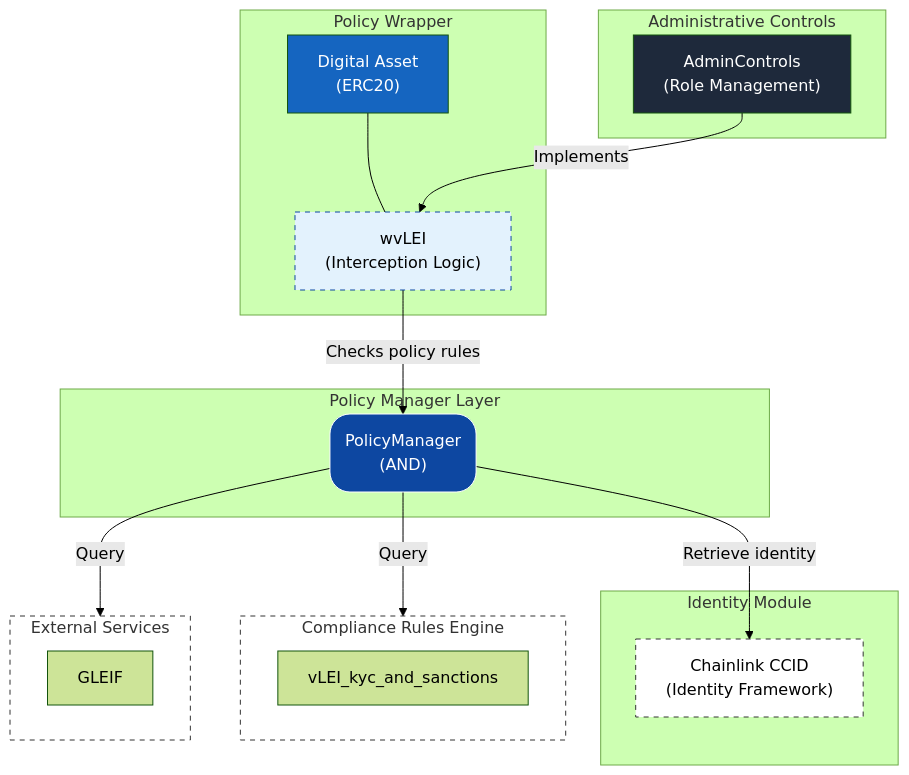
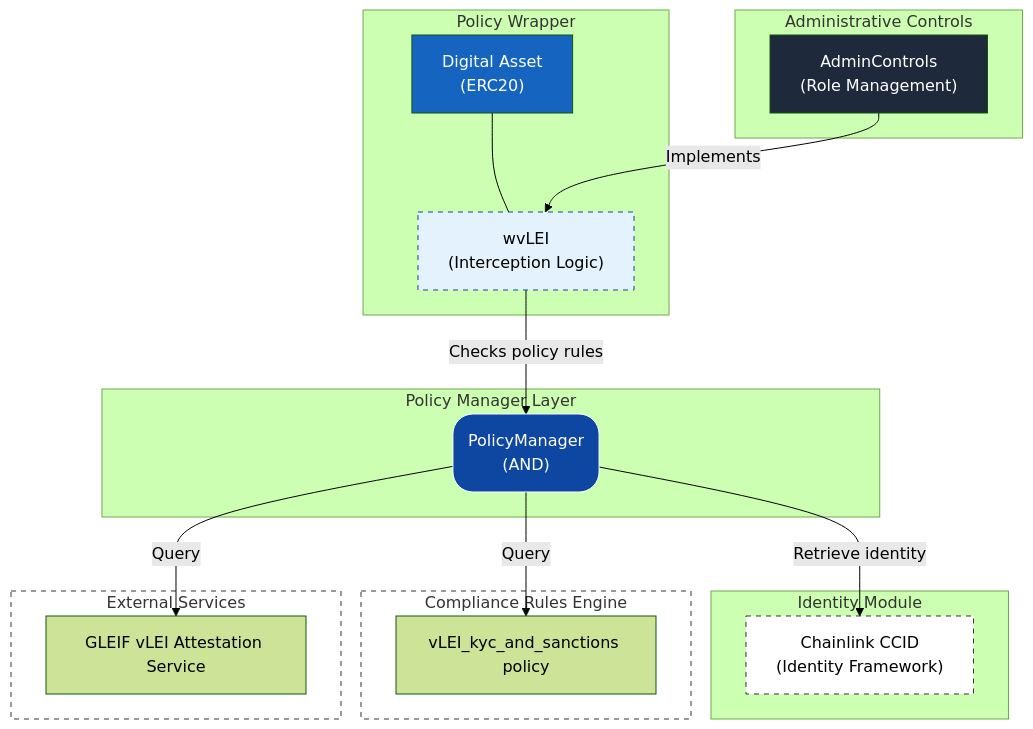
The diagram in README.md (GLEIF-IT/vlei-comply), drawn with Mermaid (forest theme) before and after one commit.

Commit message:
clean up diagram

````diff
--- a/README.md
+++ b/README.md
@@ -13,46 +13,46 @@
 ```mermaid
 graph TB
     subgraph "Policy Wrapper"
         Asset["Digital Asset<br/>(ERC20)"]
         Wrapper["wvLEI<br/>(Interception Logic)"]
     end
     
     subgraph "Administrative Controls"
         Admin["AdminControls<br/>(Role Management)"]
     end
     
     subgraph "Policy Manager Layer"
         PM("PolicyManager<br/>(AND)")
     end
     
     subgraph "Identity Module"
         IdFramework["Chainlink CCID<br/>(Identity Framework)"]
     end
     
     subgraph ComplianceRulesEngine["Compliance Rules Engine"]
-        Policy0["vLEI_kyc_and_sanctions"]
+        Policy_vLEI["vLEI_kyc_and_sanctions policy"]
     end
     
     subgraph ExternalServices["External Services"]
-        Svc_gleif["GLEIF"]
+        Service_GLEIF["GLEIF vLEI Attestation Service"]
     end
     
     %% Main Flow
     Asset --- Wrapper
     Wrapper -->|"Checks policy rules"| PM
     Admin -->|"Implements"| Wrapper
     
     %% Orchestration
     PM -->|"Retrieve identity"| IdFramework
-    PM -->|"Query"| ExternalServices
-    PM -->|"Query"| ComplianceRulesEngine
+    PM -->|"Query"| Service_GLEIF
+    PM -->|"Query"| Policy_vLEI
     
     %% Styles
     style PM fill:#0d47a1,color:#fff,stroke:#fff,shape:rect,rx:20,ry:20
     style Admin fill:#1e293b,color:#fff
     style Wrapper fill:#e3f2fd,stroke:#0d47a1,stroke-dasharray: 5 5
     style Asset fill:#1565c0,color:#fff
     style IdFramework fill:#fff,stroke:#333,stroke-dasharray: 5 5
     style ComplianceRulesEngine fill:#fff,stroke:#333,stroke-dasharray: 5 5
     style ExternalServices fill:#fff,stroke:#333,stroke-dasharray: 5 5
 ```
````
